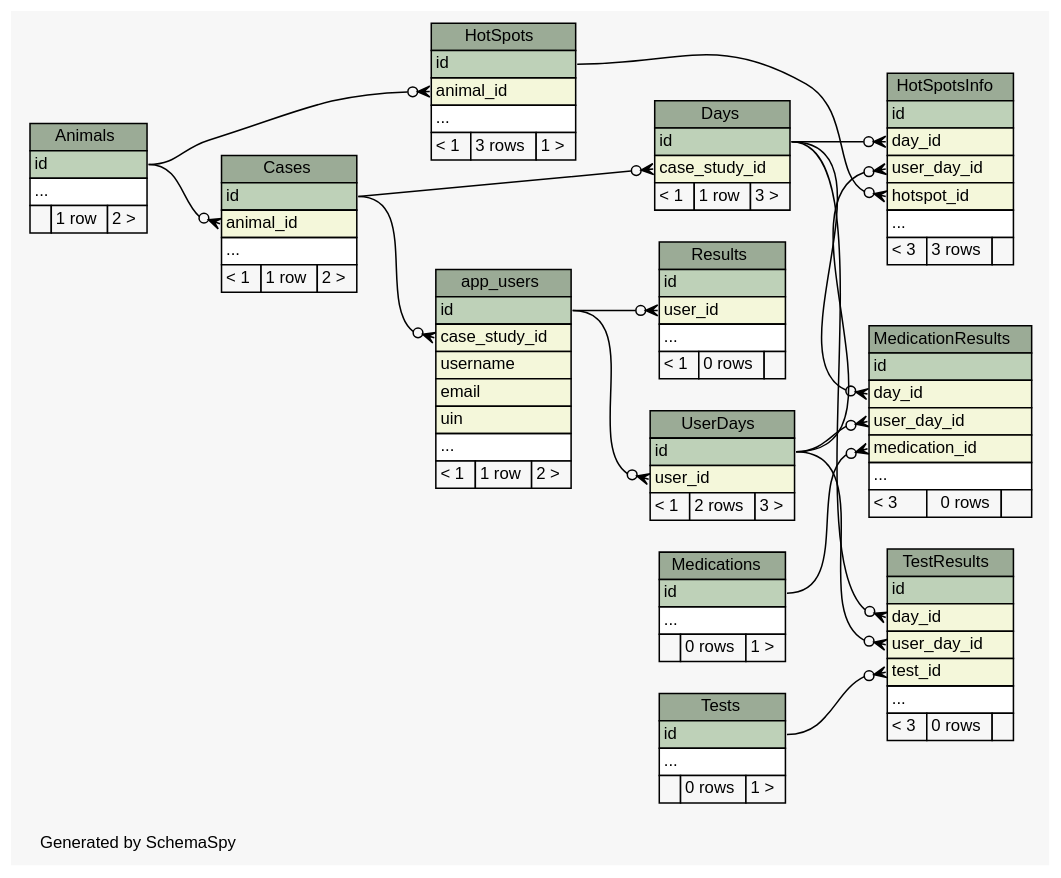
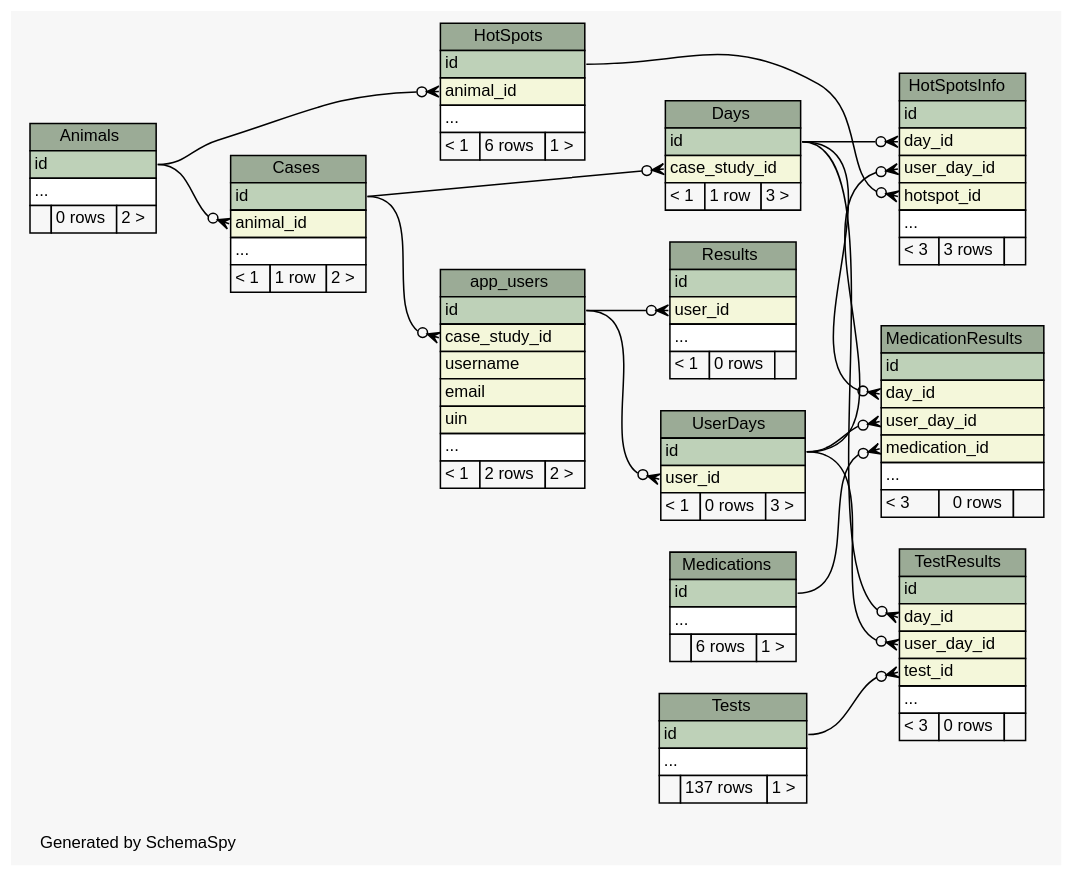
Before and after one commit to carrel2/CaseStudies: the diagram in web/files/schema/diagrams/summary/relationships.real.compact.dot, drawn with Graphviz. The commit also changed 228 other files, not shown here.

```diff
--- a/web/files/schema/diagrams/summary/relationships.real.compact.dot
+++ b/web/files/schema/diagrams/summary/relationships.real.compact.dot
@@ -1,185 +1,185 @@
-// dot 2.38.0 on Linux 4.4.0-67-generic
+// dot 2.38.0 on Linux 4.4.0-72-generic
 // SchemaSpy rev 590
 digraph "compactRelationshipsDiagram" {
   graph [
     rankdir="RL"
     bgcolor="#f7f7f7"
     label="\nGenerated by SchemaSpy"
     labeljust="l"
     nodesep="0.18"
     ranksep="0.46"
     fontname="Helvetica"
     fontsize="11"
   ];
   node [
     fontname="Helvetica"
     fontsize="11"
     shape="plaintext"
   ];
   edge [
     arrowsize="0.8"
   ];
   "Animals" [
     label=<
     <TABLE BORDER="0" CELLBORDER="1" CELLSPACING="0" BGCOLOR="#ffffff">
       <TR><TD COLSPAN="3" BGCOLOR="#9bab96" ALIGN="CENTER">Animals</TD></TR>
       <TR><TD PORT="id" COLSPAN="3" BGCOLOR="#bed1b8" ALIGN="LEFT">id</TD></TR>
       <TR><TD PORT="elipses" COLSPAN="3" ALIGN="LEFT">...</TD></TR>
-      <TR><TD ALIGN="LEFT" BGCOLOR="#f7f7f7">  </TD><TD ALIGN="RIGHT" BGCOLOR="#f7f7f7">1 row</TD><TD ALIGN="RIGHT" BGCOLOR="#f7f7f7">2 &gt;</TD></TR>
+      <TR><TD ALIGN="LEFT" BGCOLOR="#f7f7f7">  </TD><TD ALIGN="RIGHT" BGCOLOR="#f7f7f7">0 rows</TD><TD ALIGN="RIGHT" BGCOLOR="#f7f7f7">2 &gt;</TD></TR>
     </TABLE>>
     URL="tables/Animals.html"
     tooltip="Animals"
   ];
   "app_users" [
     label=<
     <TABLE BORDER="0" CELLBORDER="1" CELLSPACING="0" BGCOLOR="#ffffff">
       <TR><TD COLSPAN="3" BGCOLOR="#9bab96" ALIGN="CENTER">app_users</TD></TR>
       <TR><TD PORT="id" COLSPAN="3" BGCOLOR="#bed1b8" ALIGN="LEFT">id</TD></TR>
       <TR><TD PORT="case_study_id" COLSPAN="3" BGCOLOR="#f4f7da" ALIGN="LEFT">case_study_id</TD></TR>
       <TR><TD PORT="username" COLSPAN="3" BGCOLOR="#f4f7da" ALIGN="LEFT">username</TD></TR>
       <TR><TD PORT="email" COLSPAN="3" BGCOLOR="#f4f7da" ALIGN="LEFT">email</TD></TR>
       <TR><TD PORT="uin" COLSPAN="3" BGCOLOR="#f4f7da" ALIGN="LEFT">uin</TD></TR>
       <TR><TD PORT="elipses" COLSPAN="3" ALIGN="LEFT">...</TD></TR>
-      <TR><TD ALIGN="LEFT" BGCOLOR="#f7f7f7">&lt; 1</TD><TD ALIGN="RIGHT" BGCOLOR="#f7f7f7">1 row</TD><TD ALIGN="RIGHT" BGCOLOR="#f7f7f7">2 &gt;</TD></TR>
+      <TR><TD ALIGN="LEFT" BGCOLOR="#f7f7f7">&lt; 1</TD><TD ALIGN="RIGHT" BGCOLOR="#f7f7f7">2 rows</TD><TD ALIGN="RIGHT" BGCOLOR="#f7f7f7">2 &gt;</TD></TR>
     </TABLE>>
     URL="tables/app_users.html"
     tooltip="app_users"
   ];
   "Cases" [
     label=<
     <TABLE BORDER="0" CELLBORDER="1" CELLSPACING="0" BGCOLOR="#ffffff">
       <TR><TD COLSPAN="3" BGCOLOR="#9bab96" ALIGN="CENTER">Cases</TD></TR>
       <TR><TD PORT="id" COLSPAN="3" BGCOLOR="#bed1b8" ALIGN="LEFT">id</TD></TR>
       <TR><TD PORT="animal_id" COLSPAN="3" BGCOLOR="#f4f7da" ALIGN="LEFT">animal_id</TD></TR>
       <TR><TD PORT="elipses" COLSPAN="3" ALIGN="LEFT">...</TD></TR>
       <TR><TD ALIGN="LEFT" BGCOLOR="#f7f7f7">&lt; 1</TD><TD ALIGN="RIGHT" BGCOLOR="#f7f7f7">1 row</TD><TD ALIGN="RIGHT" BGCOLOR="#f7f7f7">2 &gt;</TD></TR>
     </TABLE>>
     URL="tables/Cases.html"
     tooltip="Cases"
   ];
   "Days" [
     label=<
     <TABLE BORDER="0" CELLBORDER="1" CELLSPACING="0" BGCOLOR="#ffffff">
       <TR><TD COLSPAN="3" BGCOLOR="#9bab96" ALIGN="CENTER">Days</TD></TR>
       <TR><TD PORT="id" COLSPAN="3" BGCOLOR="#bed1b8" ALIGN="LEFT">id</TD></TR>
       <TR><TD PORT="case_study_id" COLSPAN="3" BGCOLOR="#f4f7da" ALIGN="LEFT">case_study_id</TD></TR>
       <TR><TD ALIGN="LEFT" BGCOLOR="#f7f7f7">&lt; 1</TD><TD ALIGN="RIGHT" BGCOLOR="#f7f7f7">1 row</TD><TD ALIGN="RIGHT" BGCOLOR="#f7f7f7">3 &gt;</TD></TR>
     </TABLE>>
     URL="tables/Days.html"
     tooltip="Days"
   ];
   "HotSpots" [
     label=<
     <TABLE BORDER="0" CELLBORDER="1" CELLSPACING="0" BGCOLOR="#ffffff">
       <TR><TD COLSPAN="3" BGCOLOR="#9bab96" ALIGN="CENTER">HotSpots</TD></TR>
       <TR><TD PORT="id" COLSPAN="3" BGCOLOR="#bed1b8" ALIGN="LEFT">id</TD></TR>
       <TR><TD PORT="animal_id" COLSPAN="3" BGCOLOR="#f4f7da" ALIGN="LEFT">animal_id</TD></TR>
       <TR><TD PORT="elipses" COLSPAN="3" ALIGN="LEFT">...</TD></TR>
-      <TR><TD ALIGN="LEFT" BGCOLOR="#f7f7f7">&lt; 1</TD><TD ALIGN="RIGHT" BGCOLOR="#f7f7f7">3 rows</TD><TD ALIGN="RIGHT" BGCOLOR="#f7f7f7">1 &gt;</TD></TR>
+      <TR><TD ALIGN="LEFT" BGCOLOR="#f7f7f7">&lt; 1</TD><TD ALIGN="RIGHT" BGCOLOR="#f7f7f7">6 rows</TD><TD ALIGN="RIGHT" BGCOLOR="#f7f7f7">1 &gt;</TD></TR>
     </TABLE>>
     URL="tables/HotSpots.html"
     tooltip="HotSpots"
   ];
   "HotSpotsInfo" [
     label=<
     <TABLE BORDER="0" CELLBORDER="1" CELLSPACING="0" BGCOLOR="#ffffff">
       <TR><TD COLSPAN="3" BGCOLOR="#9bab96" ALIGN="CENTER">HotSpotsInfo</TD></TR>
       <TR><TD PORT="id" COLSPAN="3" BGCOLOR="#bed1b8" ALIGN="LEFT">id</TD></TR>
       <TR><TD PORT="day_id" COLSPAN="3" BGCOLOR="#f4f7da" ALIGN="LEFT">day_id</TD></TR>
       <TR><TD PORT="user_day_id" COLSPAN="3" BGCOLOR="#f4f7da" ALIGN="LEFT">user_day_id</TD></TR>
       <TR><TD PORT="hotspot_id" COLSPAN="3" BGCOLOR="#f4f7da" ALIGN="LEFT">hotspot_id</TD></TR>
       <TR><TD PORT="elipses" COLSPAN="3" ALIGN="LEFT">...</TD></TR>
       <TR><TD ALIGN="LEFT" BGCOLOR="#f7f7f7">&lt; 3</TD><TD ALIGN="RIGHT" BGCOLOR="#f7f7f7">3 rows</TD><TD ALIGN="RIGHT" BGCOLOR="#f7f7f7">  </TD></TR>
     </TABLE>>
     URL="tables/HotSpotsInfo.html"
     tooltip="HotSpotsInfo"
   ];
   "MedicationResults" [
     label=<
     <TABLE BORDER="0" CELLBORDER="1" CELLSPACING="0" BGCOLOR="#ffffff">
       <TR><TD COLSPAN="3" BGCOLOR="#9bab96" ALIGN="CENTER">MedicationResults</TD></TR>
       <TR><TD PORT="id" COLSPAN="3" BGCOLOR="#bed1b8" ALIGN="LEFT">id</TD></TR>
       <TR><TD PORT="day_id" COLSPAN="3" BGCOLOR="#f4f7da" ALIGN="LEFT">day_id</TD></TR>
       <TR><TD PORT="user_day_id" COLSPAN="3" BGCOLOR="#f4f7da" ALIGN="LEFT">user_day_id</TD></TR>
       <TR><TD PORT="medication_id" COLSPAN="3" BGCOLOR="#f4f7da" ALIGN="LEFT">medication_id</TD></TR>
       <TR><TD PORT="elipses" COLSPAN="3" ALIGN="LEFT">...</TD></TR>
       <TR><TD ALIGN="LEFT" BGCOLOR="#f7f7f7">&lt; 3</TD><TD ALIGN="RIGHT" BGCOLOR="#f7f7f7">0 rows</TD><TD ALIGN="RIGHT" BGCOLOR="#f7f7f7">  </TD></TR>
     </TABLE>>
     URL="tables/MedicationResults.html"
     tooltip="MedicationResults"
   ];
   "Medications" [
     label=<
     <TABLE BORDER="0" CELLBORDER="1" CELLSPACING="0" BGCOLOR="#ffffff">
       <TR><TD COLSPAN="3" BGCOLOR="#9bab96" ALIGN="CENTER">Medications</TD></TR>
       <TR><TD PORT="id" COLSPAN="3" BGCOLOR="#bed1b8" ALIGN="LEFT">id</TD></TR>
       <TR><TD PORT="elipses" COLSPAN="3" ALIGN="LEFT">...</TD></TR>
-      <TR><TD ALIGN="LEFT" BGCOLOR="#f7f7f7">  </TD><TD ALIGN="RIGHT" BGCOLOR="#f7f7f7">0 rows</TD><TD ALIGN="RIGHT" BGCOLOR="#f7f7f7">1 &gt;</TD></TR>
+      <TR><TD ALIGN="LEFT" BGCOLOR="#f7f7f7">  </TD><TD ALIGN="RIGHT" BGCOLOR="#f7f7f7">6 rows</TD><TD ALIGN="RIGHT" BGCOLOR="#f7f7f7">1 &gt;</TD></TR>
     </TABLE>>
     URL="tables/Medications.html"
     tooltip="Medications"
   ];
   "Results" [
     label=<
     <TABLE BORDER="0" CELLBORDER="1" CELLSPACING="0" BGCOLOR="#ffffff">
       <TR><TD COLSPAN="3" BGCOLOR="#9bab96" ALIGN="CENTER">Results</TD></TR>
       <TR><TD PORT="id" COLSPAN="3" BGCOLOR="#bed1b8" ALIGN="LEFT">id</TD></TR>
       <TR><TD PORT="user_id" COLSPAN="3" BGCOLOR="#f4f7da" ALIGN="LEFT">user_id</TD></TR>
       <TR><TD PORT="elipses" COLSPAN="3" ALIGN="LEFT">...</TD></TR>
       <TR><TD ALIGN="LEFT" BGCOLOR="#f7f7f7">&lt; 1</TD><TD ALIGN="RIGHT" BGCOLOR="#f7f7f7">0 rows</TD><TD ALIGN="RIGHT" BGCOLOR="#f7f7f7">  </TD></TR>
     </TABLE>>
     URL="tables/Results.html"
     tooltip="Results"
   ];
   "TestResults" [
     label=<
     <TABLE BORDER="0" CELLBORDER="1" CELLSPACING="0" BGCOLOR="#ffffff">
       <TR><TD COLSPAN="3" BGCOLOR="#9bab96" ALIGN="CENTER">TestResults</TD></TR>
       <TR><TD PORT="id" COLSPAN="3" BGCOLOR="#bed1b8" ALIGN="LEFT">id</TD></TR>
       <TR><TD PORT="day_id" COLSPAN="3" BGCOLOR="#f4f7da" ALIGN="LEFT">day_id</TD></TR>
       <TR><TD PORT="user_day_id" COLSPAN="3" BGCOLOR="#f4f7da" ALIGN="LEFT">user_day_id</TD></TR>
       <TR><TD PORT="test_id" COLSPAN="3" BGCOLOR="#f4f7da" ALIGN="LEFT">test_id</TD></TR>
       <TR><TD PORT="elipses" COLSPAN="3" ALIGN="LEFT">...</TD></TR>
       <TR><TD ALIGN="LEFT" BGCOLOR="#f7f7f7">&lt; 3</TD><TD ALIGN="RIGHT" BGCOLOR="#f7f7f7">0 rows</TD><TD ALIGN="RIGHT" BGCOLOR="#f7f7f7">  </TD></TR>
     </TABLE>>
     URL="tables/TestResults.html"
     tooltip="TestResults"
   ];
   "Tests" [
     label=<
     <TABLE BORDER="0" CELLBORDER="1" CELLSPACING="0" BGCOLOR="#ffffff">
       <TR><TD COLSPAN="3" BGCOLOR="#9bab96" ALIGN="CENTER">Tests</TD></TR>
       <TR><TD PORT="id" COLSPAN="3" BGCOLOR="#bed1b8" ALIGN="LEFT">id</TD></TR>
       <TR><TD PORT="elipses" COLSPAN="3" ALIGN="LEFT">...</TD></TR>
-      <TR><TD ALIGN="LEFT" BGCOLOR="#f7f7f7">  </TD><TD ALIGN="RIGHT" BGCOLOR="#f7f7f7">0 rows</TD><TD ALIGN="RIGHT" BGCOLOR="#f7f7f7">1 &gt;</TD></TR>
+      <TR><TD ALIGN="LEFT" BGCOLOR="#f7f7f7">  </TD><TD ALIGN="RIGHT" BGCOLOR="#f7f7f7">137 rows</TD><TD ALIGN="RIGHT" BGCOLOR="#f7f7f7">1 &gt;</TD></TR>
     </TABLE>>
     URL="tables/Tests.html"
     tooltip="Tests"
   ];
   "UserDays" [
     label=<
     <TABLE BORDER="0" CELLBORDER="1" CELLSPACING="0" BGCOLOR="#ffffff">
       <TR><TD COLSPAN="3" BGCOLOR="#9bab96" ALIGN="CENTER">UserDays</TD></TR>
       <TR><TD PORT="id" COLSPAN="3" BGCOLOR="#bed1b8" ALIGN="LEFT">id</TD></TR>
       <TR><TD PORT="user_id" COLSPAN="3" BGCOLOR="#f4f7da" ALIGN="LEFT">user_id</TD></TR>
-      <TR><TD ALIGN="LEFT" BGCOLOR="#f7f7f7">&lt; 1</TD><TD ALIGN="RIGHT" BGCOLOR="#f7f7f7">2 rows</TD><TD ALIGN="RIGHT" BGCOLOR="#f7f7f7">3 &gt;</TD></TR>
+      <TR><TD ALIGN="LEFT" BGCOLOR="#f7f7f7">&lt; 1</TD><TD ALIGN="RIGHT" BGCOLOR="#f7f7f7">0 rows</TD><TD ALIGN="RIGHT" BGCOLOR="#f7f7f7">3 &gt;</TD></TR>
     </TABLE>>
     URL="tables/UserDays.html"
     tooltip="UserDays"
   ];
   "app_users":"case_study_id":w -> "Cases":"id":e [arrowhead=none dir=back arrowtail=crowodot];
   "Cases":"animal_id":w -> "Animals":"id":e [arrowhead=none dir=back arrowtail=crowodot];
   "Days":"case_study_id":w -> "Cases":"id":e [arrowhead=none dir=back arrowtail=crowodot];
   "HotSpots":"animal_id":w -> "Animals":"id":e [arrowhead=none dir=back arrowtail=crowodot];
   "HotSpotsInfo":"day_id":w -> "Days":"id":e [arrowhead=none dir=back arrowtail=crowodot];
   "HotSpotsInfo":"hotspot_id":w -> "HotSpots":"id":e [arrowhead=none dir=back arrowtail=crowodot];
   "HotSpotsInfo":"user_day_id":w -> "UserDays":"id":e [arrowhead=none dir=back arrowtail=crowodot];
   "MedicationResults":"day_id":w -> "Days":"id":e [arrowhead=none dir=back arrowtail=crowodot];
   "MedicationResults":"medication_id":w -> "Medications":"id":e [arrowhead=none dir=back arrowtail=crowodot];
   "MedicationResults":"user_day_id":w -> "UserDays":"id":e [arrowhead=none dir=back arrowtail=crowodot];
   "Results":"user_id":w -> "app_users":"id":e [arrowhead=none dir=back arrowtail=crowodot];
   "TestResults":"day_id":w -> "Days":"id":e [arrowhead=none dir=back arrowtail=crowodot];
   "TestResults":"test_id":w -> "Tests":"id":e [arrowhead=none dir=back arrowtail=crowodot];
   "TestResults":"user_day_id":w -> "UserDays":"id":e [arrowhead=none dir=back arrowtail=crowodot];
   "UserDays":"user_id":w -> "app_users":"id":e [arrowhead=none dir=back arrowtail=crowodot];
 }
```
